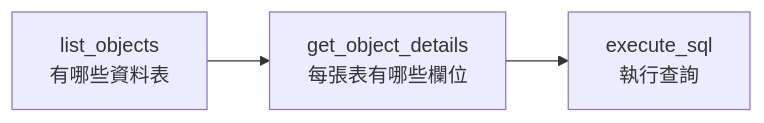
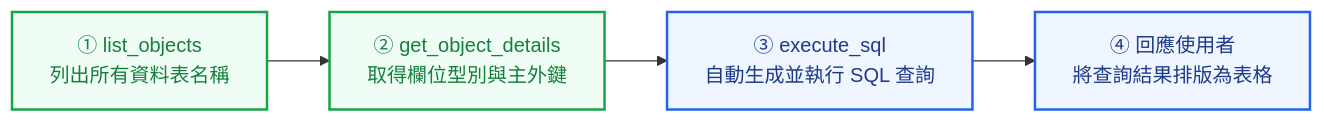
The diagram in MCP操作資料庫/2_用中文查詢資料庫/README.md (roberthsu2003/postgreSQL_MCP), drawn with Mermaid before and after one commit. The commit also changed other lines of this file, not shown here.

````diff
--- a/MCP操作資料庫/2_用中文查詢資料庫/README.md
+++ b/MCP操作資料庫/2_用中文查詢資料庫/README.md
@@ -31,4 +37,11 @@
 ```mermaid
 flowchart LR
-    A["list_objects<br/>有哪些資料表"] --> B["get_object_details<br/>每張表有哪些欄位"] --> C["execute_sql<br/>執行查詢"]
+    A["① list_objects<br/>列出所有資料表名稱"] --> B["② get_object_details<br/>取得欄位型別與主外鍵"]
+    B --> C["③ execute_sql<br/>自動生成並執行 SQL 查詢"]
+    C --> D["④ 回應使用者<br/>將查詢結果排版為表格"]
+
+    classDef step fill:#f0fdf4,stroke:#16a34a,stroke-width:2px,color:#15803d
+    classDef action fill:#eff6ff,stroke:#2563eb,stroke-width:2px,color:#1e3a8a
+    class A,B step
+    class C,D action
 ```
````
